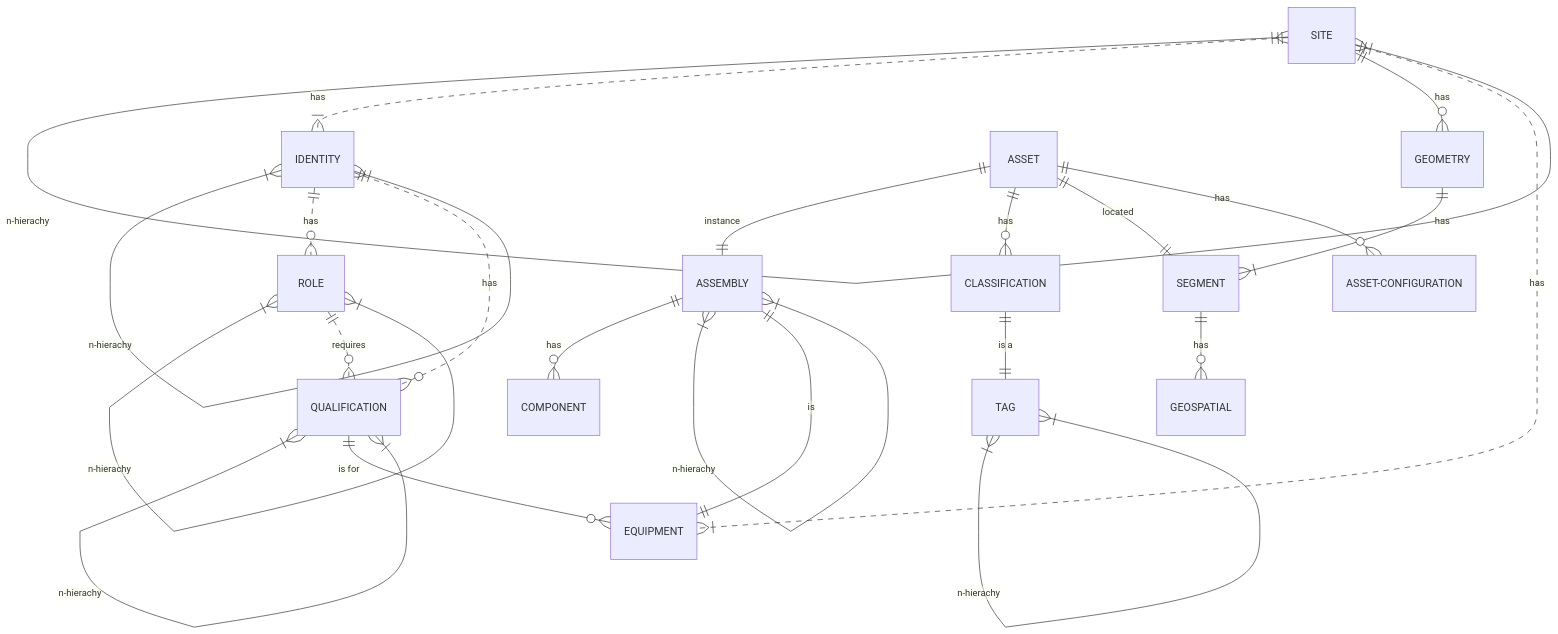
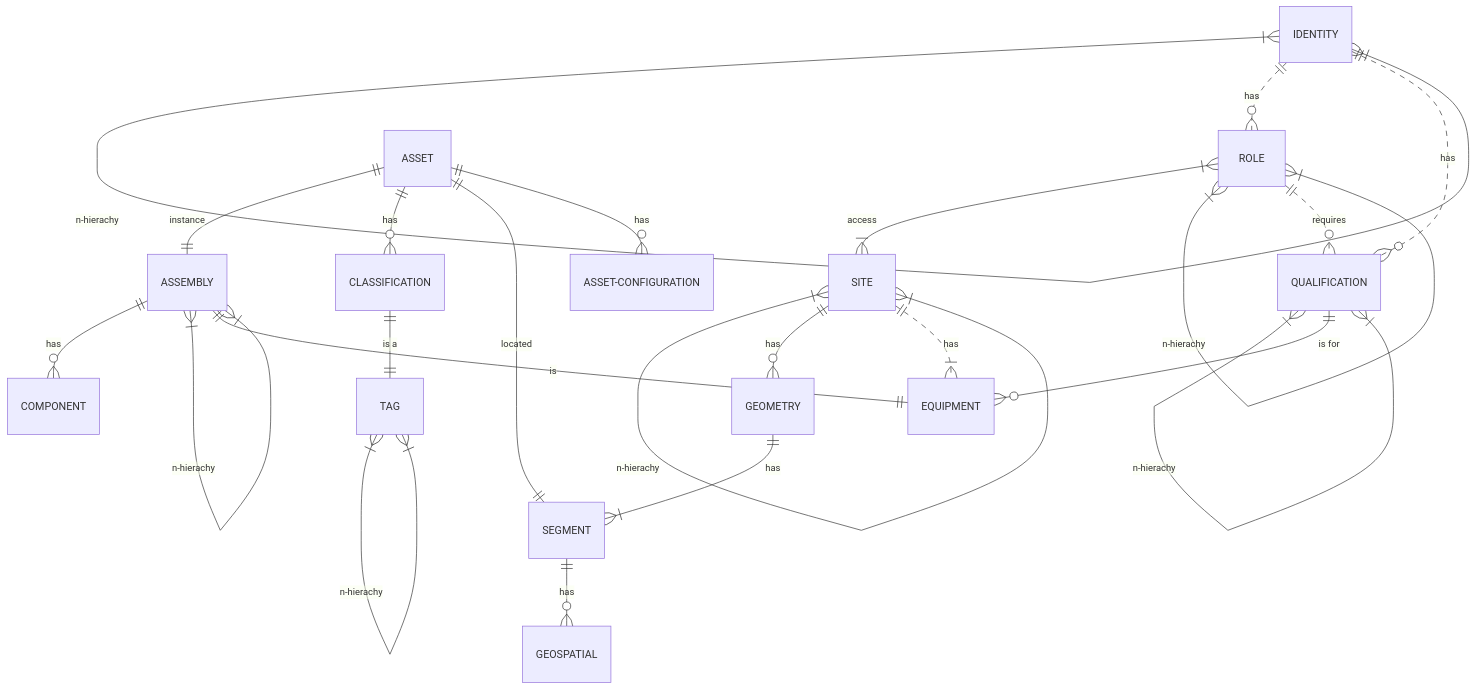
The second of 2 diagrams in content/en/docs/Architectures/xDNA/Patterns/Building Blocks/_index.md (petersgiles/reference-architecture), drawn with Mermaid before and after one commit. The commit also changed other lines of this file and 2 other files, not shown here.

````diff
--- a/content/en/docs/Architectures/xDNA/Patterns/Building Blocks/_index.md
+++ b/content/en/docs/Architectures/xDNA/Patterns/Building Blocks/_index.md
@@ -12,41 +24,41 @@
 ```mermaid
 erDiagram
 
           SITE }|--|{ SITE : "n-hierachy"
+          ROLE }|--|{ SITE : "access"
 
-
-          SITE ||..|{ IDENTITY : "has"
           IDENTITY }|--|{ IDENTITY : "n-hierachy"
           IDENTITY ||..o{ ROLE : "has"
           IDENTITY ||..o{ QUALIFICATION : "has"
 
+         
           ROLE }|--|{ ROLE : "n-hierachy"
           ROLE ||..o{ QUALIFICATION : "requires"
 
           QUALIFICATION }|--|{ QUALIFICATION : "n-hierachy"
           QUALIFICATION ||--o{ EQUIPMENT : "is for"  
 
           SITE ||--o{ GEOMETRY : "has"
           GEOMETRY ||--|{ SEGMENT : "has"
           SEGMENT ||--o{ GEOSPATIAL : "has"
-          
+
           SITE ||..|{ EQUIPMENT : "has"
           CLASSIFICATION ||--|| TAG : "is a"
           TAG }|--|{ TAG : n-hierachy
 
           ASSET ||--|| ASSEMBLY : "instance"
           ASSET ||--o{ CLASSIFICATION : "has"
           ASSET ||--|| SEGMENT : "located"
           ASSET ||--o{ ASSET-CONFIGURATION : "has"
 
 
           ASSEMBLY ||--o{ COMPONENT : "has"
           ASSEMBLY }|--|{ ASSEMBLY : "n-hierachy"
 
           ASSEMBLY ||--|| EQUIPMENT : "is"
 
  
 
                     
 
 ```
````
